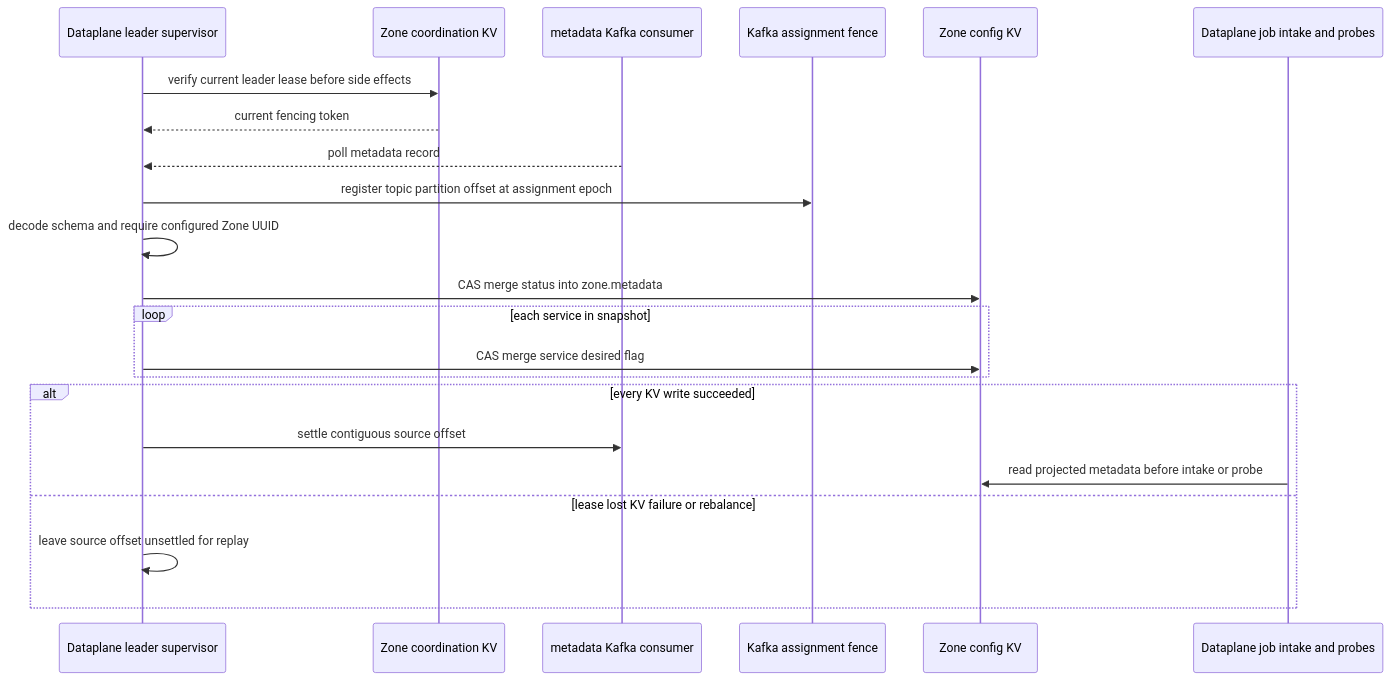
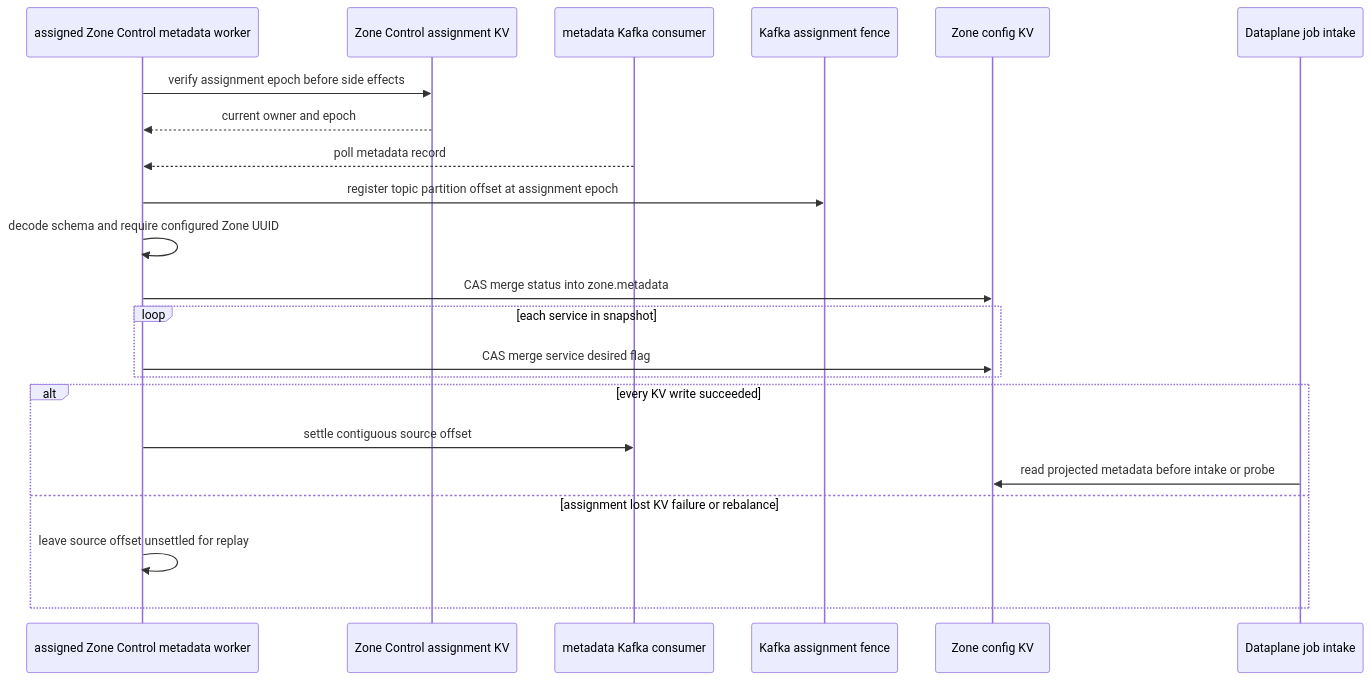
The third of 3 diagrams in god_view/zone_runtime/zone_metadata_propagation_god_view_workflow.md (phucle996/aurora), drawn with Mermaid before and after one commit. The commit also changed other lines of this file and 58 other files, not shown here.

Commit message:
refactor(zone): complete distributed control cutover

````diff
--- a/god_view/zone_runtime/zone_metadata_propagation_god_view_workflow.md
+++ b/god_view/zone_runtime/zone_metadata_propagation_god_view_workflow.md
@@ -168,25 +168,25 @@
 ```mermaid
 sequenceDiagram
-    participant LE as Dataplane leader supervisor
-    participant CKV as Zone coordination KV
+    participant ZC as assigned Zone Control metadata worker
+    participant AKV as Zone Control assignment KV
     participant KC as metadata Kafka consumer
     participant KF as Kafka assignment fence
     participant KV as Zone config KV
-    participant IN as Dataplane job intake and probes
+    participant IN as Dataplane job intake
 
-    LE->>CKV: verify current leader lease before side effects
-    CKV-->>LE: current fencing token
-    KC-->>LE: poll metadata record
-    LE->>KF: register topic partition offset at assignment epoch
-    LE->>LE: decode schema and require configured Zone UUID
-    LE->>KV: CAS merge status into zone.metadata
+    ZC->>AKV: verify assignment epoch before side effects
+    AKV-->>ZC: current owner and epoch
+    KC-->>ZC: poll metadata record
+    ZC->>KF: register topic partition offset at assignment epoch
+    ZC->>ZC: decode schema and require configured Zone UUID
+    ZC->>KV: CAS merge status into zone.metadata
     loop each service in snapshot
-        LE->>KV: CAS merge service desired flag
+        ZC->>KV: CAS merge service desired flag
     end
     alt every KV write succeeded
-        LE->>KC: settle contiguous source offset
+        ZC->>KC: settle contiguous source offset
         IN->>KV: read projected metadata before intake or probe
-    else lease lost KV failure or rebalance
-        LE->>LE: leave source offset unsettled for replay
+    else assignment lost KV failure or rebalance
+        ZC->>ZC: leave source offset unsettled for replay
     end
 ```
````
